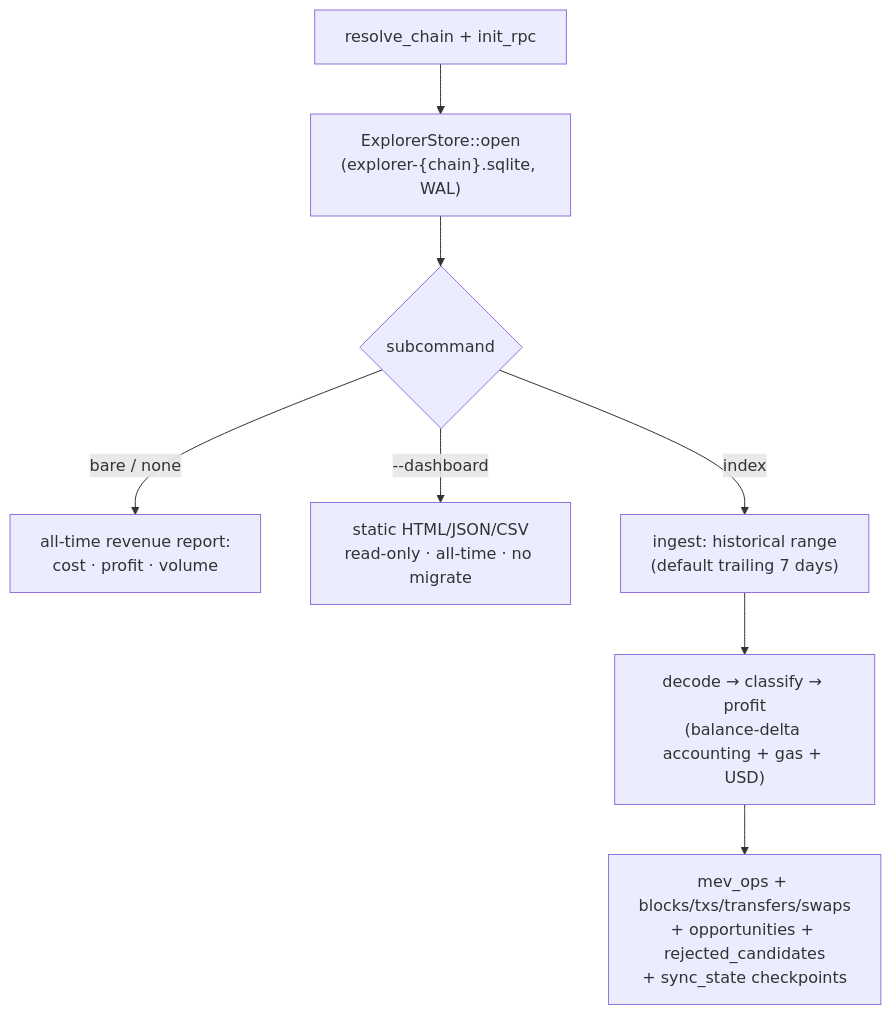
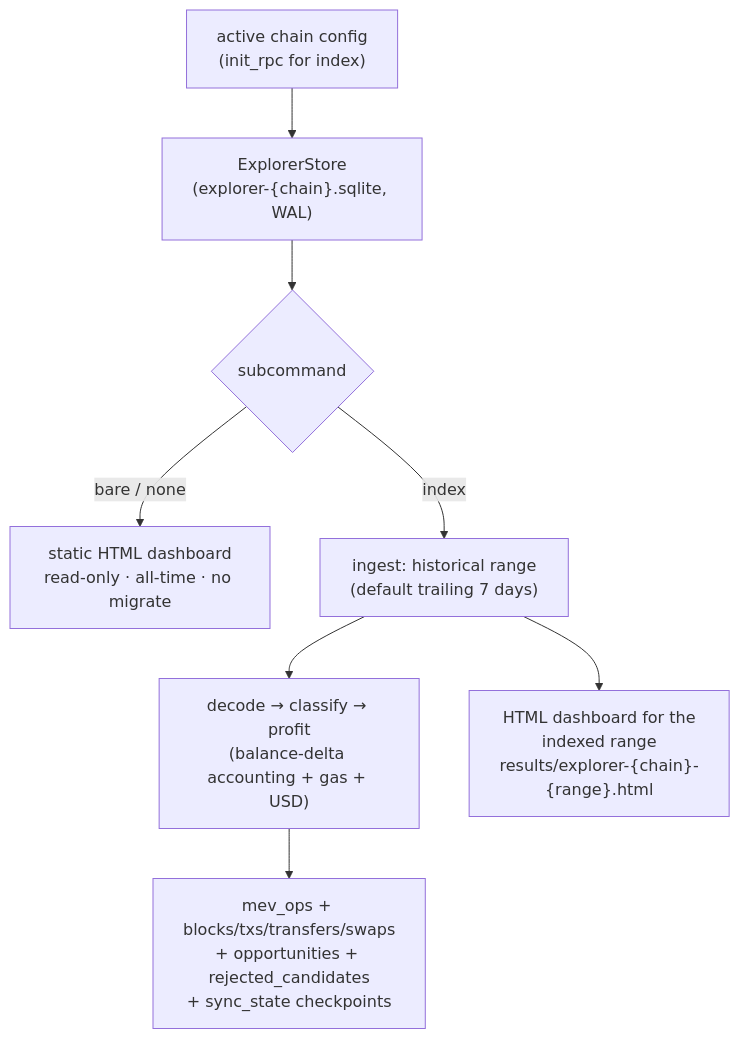
The eighth of 9 diagrams in docs/CLI.md (moha-moradi/mev-scout), drawn with Mermaid before and after one commit. The commit also changed other lines of this file and 14 other files, not shown here.

First line of the commit message:
refactor(explorer): make the HTML dashboard the default and only output

````diff
--- a/docs/CLI.md
+++ b/docs/CLI.md
@@ -404,10 +403,10 @@
 ```mermaid
 flowchart TB
-    A["resolve_chain + init_rpc"] --> B["ExplorerStore::open<br/>(explorer-{chain}.sqlite, WAL)"]
+    A["active chain config<br/>(init_rpc for index)"] --> B["ExplorerStore<br/>(explorer-{chain}.sqlite, WAL)"]
     B --> C{"subcommand"}
-    C -- "bare / none" --> R["all-time revenue report:<br/>cost · profit · volume"]
-    C -- "--dashboard" --> D["static HTML/JSON/CSV<br/>read-only · all-time · no migrate"]
+    C -- "bare / none" --> D["static HTML dashboard<br/>read-only · all-time · no migrate"]
     C -- "index" --> BF["ingest: historical range<br/>(default trailing 7 days)"]
     BF --> F["decode → classify → profit<br/>(balance-delta accounting + gas + USD)"]
     F --> L["mev_ops + blocks/txs/transfers/swaps<br/>+ opportunities + rejected_candidates<br/>+ sync_state checkpoints"]
+    BF --> D2["HTML dashboard for the<br/>indexed range<br/>results/explorer-{chain}-{range}.html"]
 ```
````
